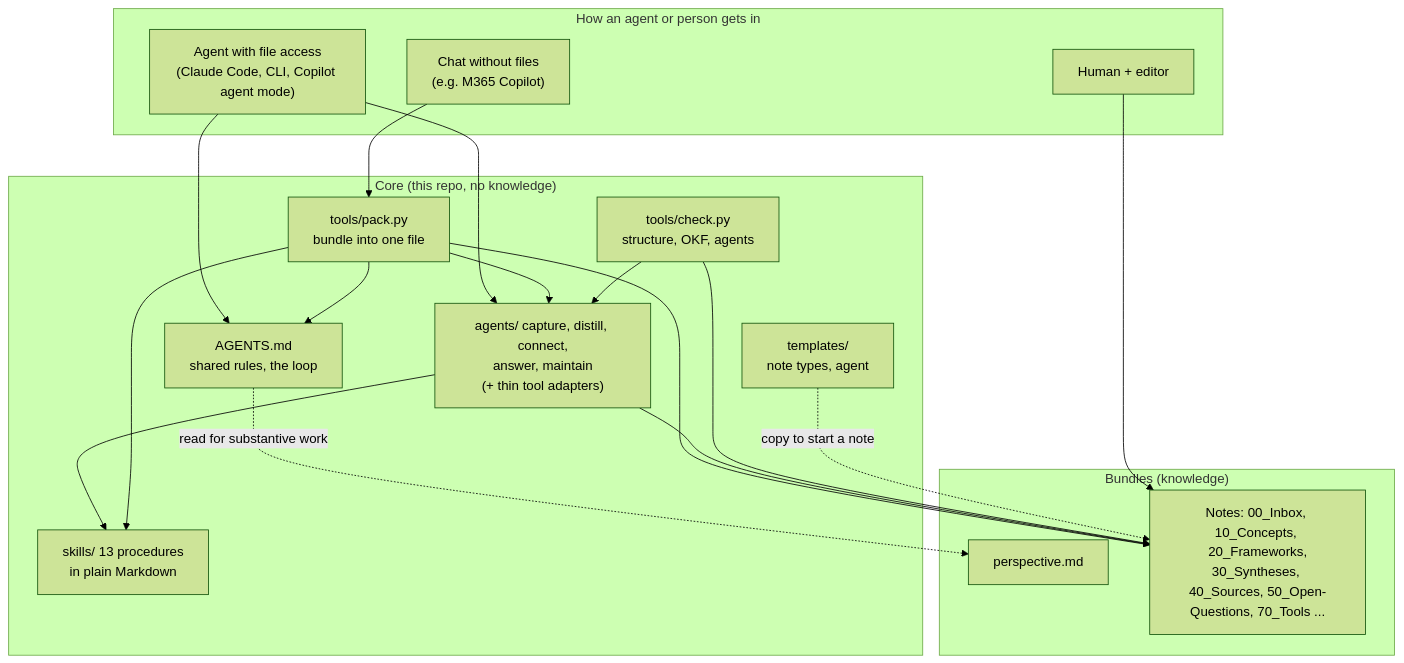
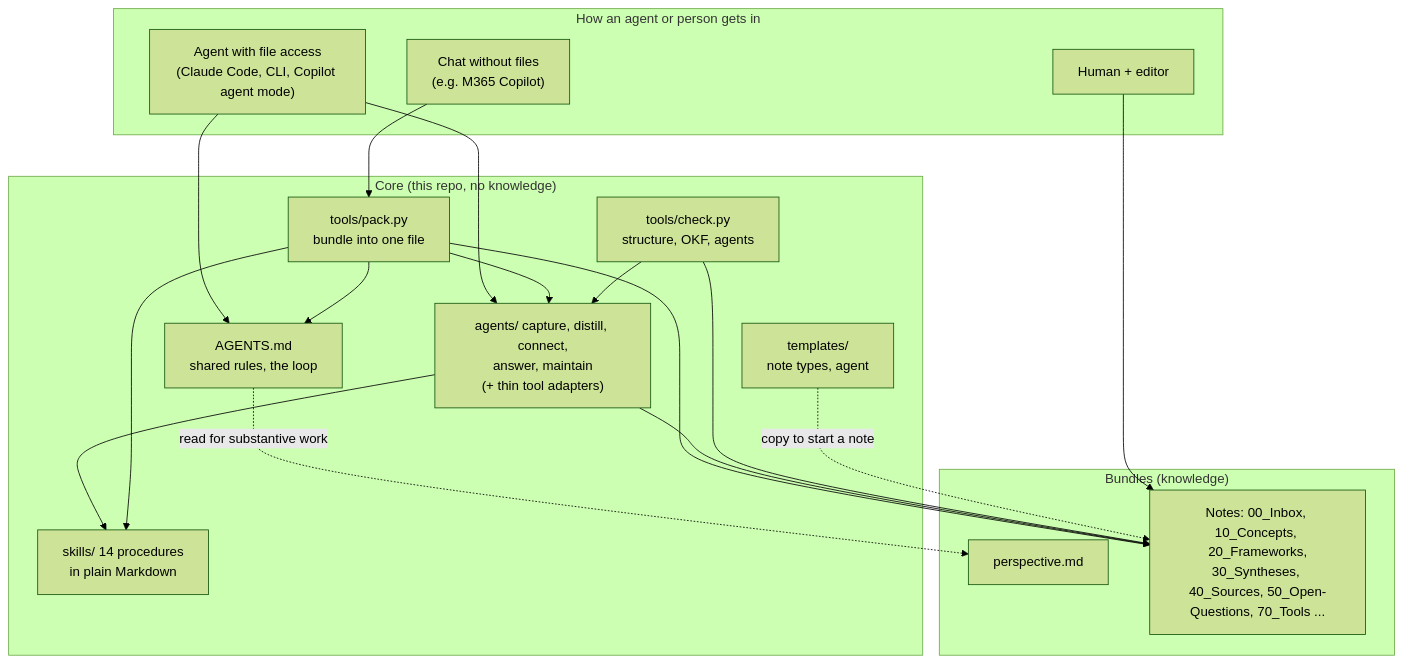
One commit to danib8005/Zettelkasten-hub changed the first of 2 diagrams in docs/architecture.md. Above: the diagram before and after it, drawn with Mermaid (forest theme). The commit also changed other lines of this file and 11 other files, not shown here.

````diff
--- a/docs/architecture.md
+++ b/docs/architecture.md
@@ -12,34 +12,34 @@
 ```mermaid
 flowchart TB
   subgraph Interfaces["How an agent or person gets in"]
     FA["Agent with file access<br/>(Claude Code, CLI, Copilot agent mode)"]
     CH["Chat without files<br/>(e.g. M365 Copilot)"]
     HU["Human + editor"]
   end
   subgraph Core["Core (this repo, no knowledge)"]
     AG["AGENTS.md<br/>shared rules, the loop"]
     AN["agents/ capture, distill, connect,<br/>answer, maintain<br/>(+ thin tool adapters)"]
-    SK["skills/ 13 procedures<br/>in plain Markdown"]
+    SK["skills/ 14 procedures<br/>in plain Markdown"]
     TP["templates/<br/>note types, agent"]
     CK["tools/check.py<br/>structure, OKF, agents"]
     PK["tools/pack.py<br/>bundle into one file"]
   end
   subgraph Data["Bundles (knowledge)"]
     PE["perspective.md"]
     NT["Notes: 00_Inbox, 10_Concepts, 20_Frameworks,<br/>30_Syntheses, 40_Sources, 50_Open-Questions, 70_Tools ..."]
   end
   FA --> AG
   FA --> AN
   AN --> SK
   CH --> PK
   PK --> AG
   PK --> AN
   PK --> SK
   PK --> NT
   AN --> NT
   AG -.read for substantive work.-> PE
   HU --> NT
   CK --> NT
   CK --> AN
   TP -.copy to start a note.-> NT
 ```
````
